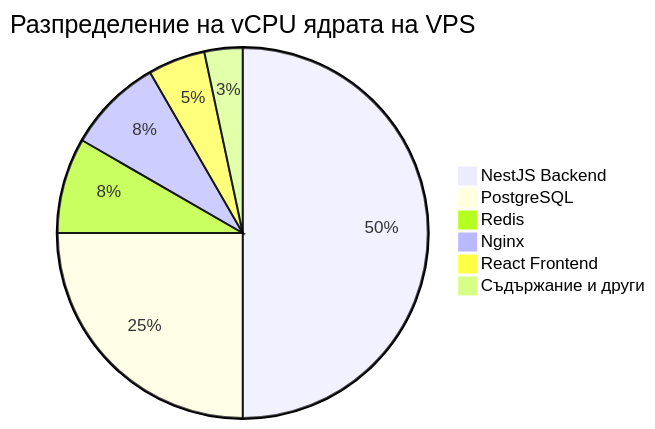
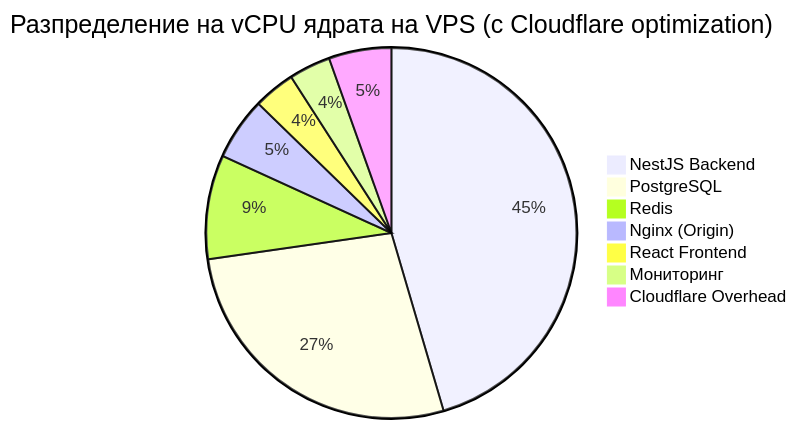
One commit to ivan-markov-666/beelms changed the seventh of 7 diagrams in docs/architecture.md. Above: the diagram before and after it, drawn with Mermaid. The commit also changed other lines of this file and 2 other files, not shown here.

````diff
--- a/docs/architecture.md
+++ b/docs/architecture.md
@@ -435,10 +509,11 @@
 ```mermaid
 pie
-    title Разпределение на vCPU ядрата на VPS
-    "NestJS Backend" : 3
+    title Разпределение на vCPU ядрата на VPS (с Cloudflare optimization)
+    "NestJS Backend" : 2.5
     "PostgreSQL" : 1.5
     "Redis" : 0.5
-    "Nginx" : 0.5
-    "React Frontend" : 0.3
-    "Съдържание и други" : 0.2
+    "Nginx (Origin)" : 0.3
+    "React Frontend" : 0.2
+    "Мониторинг" : 0.2
+    "Cloudflare Overhead" : 0.3
 ```
````
